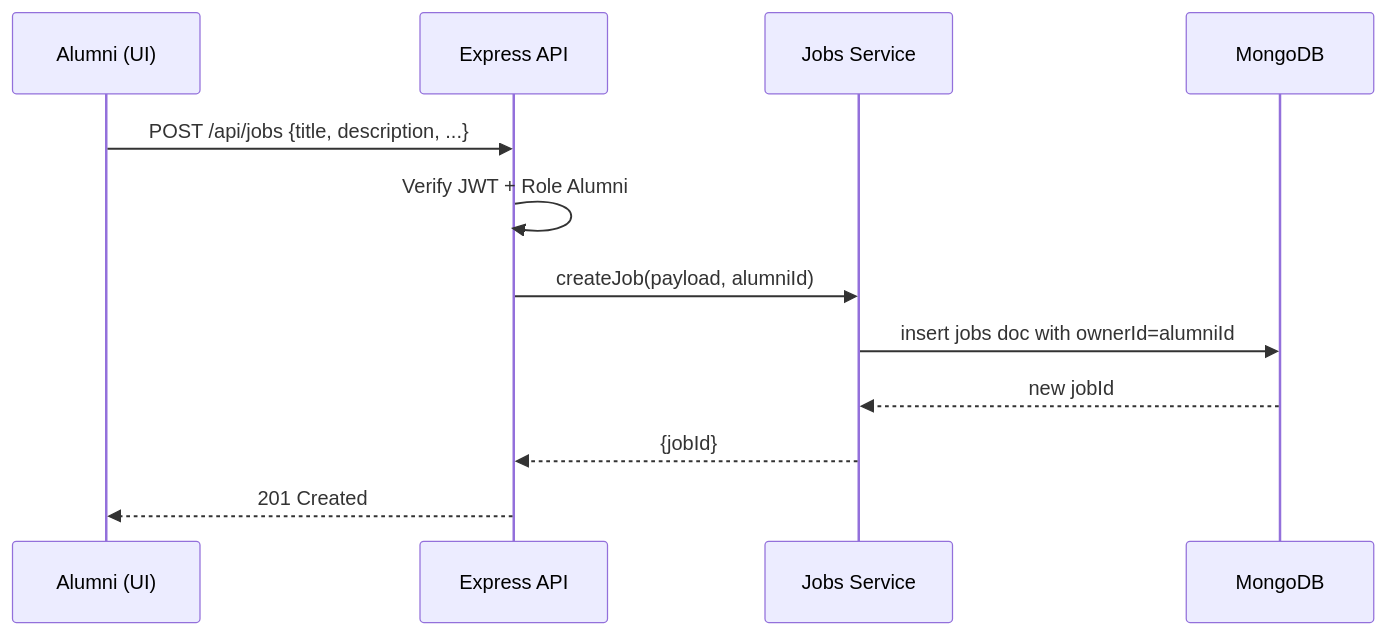
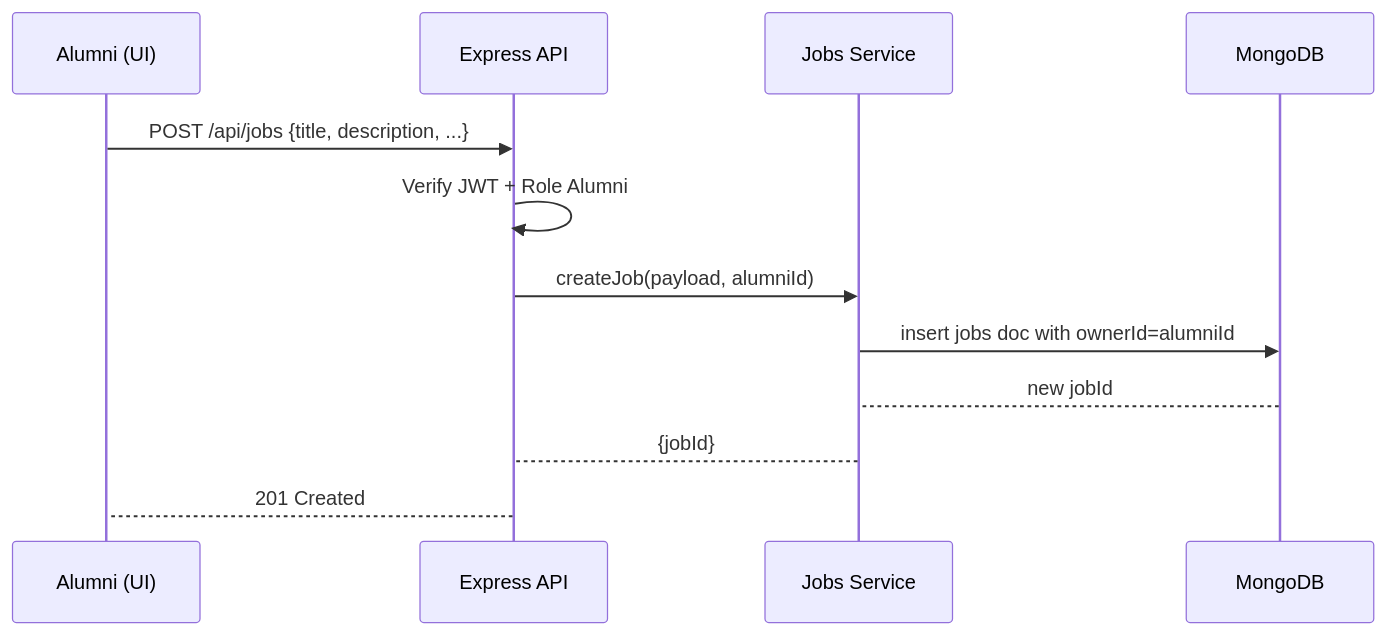
The sixth of 12 diagrams in docs/SDD_Alumni_Association_Platform.md (saurabhraj25aug2004/__Alumni_association_website), drawn with Mermaid before and after one commit. The commit also changed other lines of this file, not shown here.

Commit message:
diagram fix

````diff
--- a/docs/SDD_Alumni_Association_Platform.md
+++ b/docs/SDD_Alumni_Association_Platform.md
@@ -163,14 +172,14 @@
 ```mermaid
 sequenceDiagram
   participant A as Alumni (UI)
   participant API as Express API
   participant SVC as Jobs Service
   participant DB as MongoDB
   A->>API: POST /api/jobs {title, description, ...}
   API->>API: Verify JWT + Role Alumni
   API->>SVC: createJob(payload, alumniId)
   SVC->>DB: insert jobs doc with ownerId=alumniId
-  DB-->>SVC: new jobId
-  SVC-->>API: {jobId}
-  API-->>A: 201 Created
+  DB-->SVC: new jobId
+  SVC-->API: {jobId}
+  API-->A: 201 Created
 ```
````
